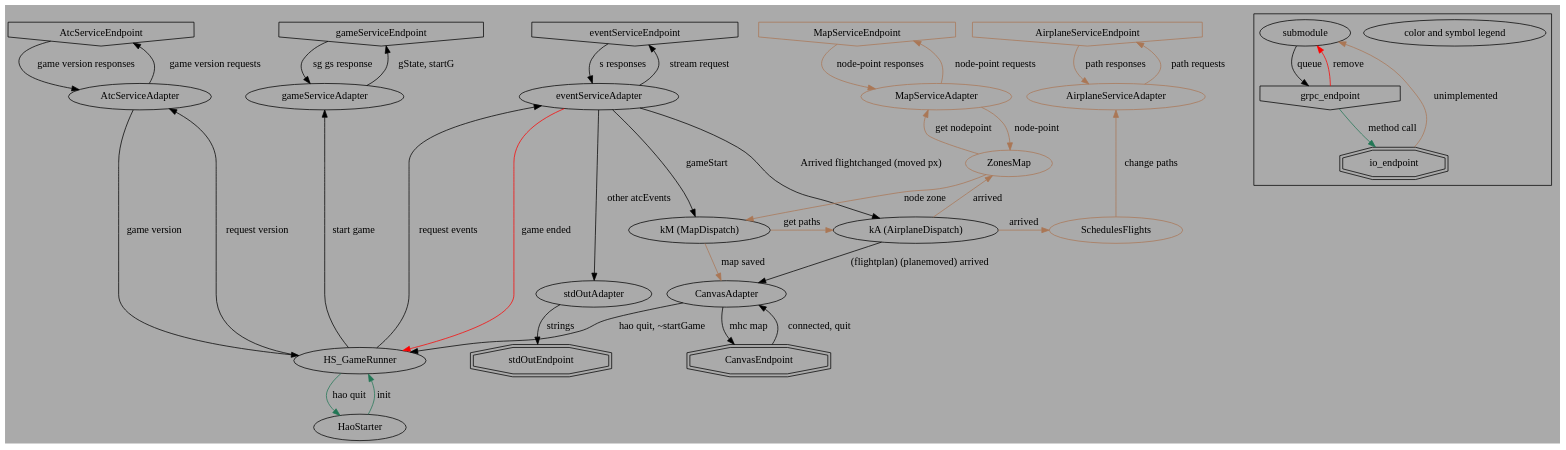
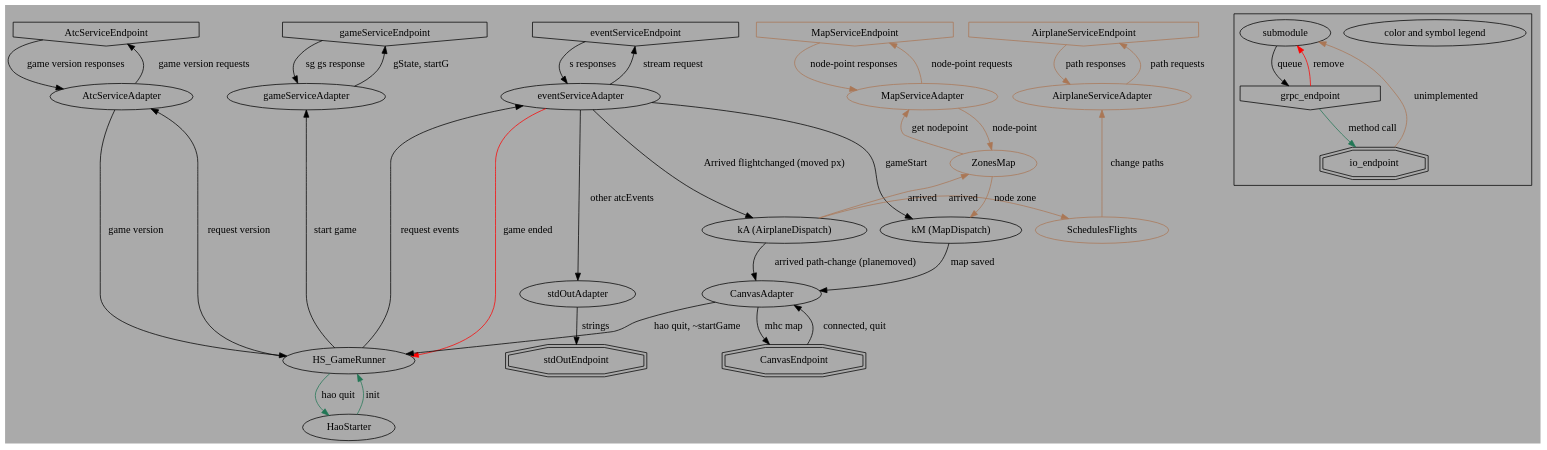
Before and after one commit to Nzen/hircine-anise-okkoz: the diagram in docs/modules/queues.dot, drawn with Graphviz.

Commit message:
fix i20220823 mark path implemented, remove dne
KnowsMap has a queue to CanvasAdapter that updates the view,
so this removes the 'unimplemented' color.
No queue existed such that KnowsMap needs to ask or push
the paths to the map.

```diff
--- a/docs/modules/queues.dot
+++ b/docs/modules/queues.dot
@@ -1,119 +1,118 @@
 
 digraph haokkoz_data_flow
 {
 
 /*
 */
 	bgcolor = "#AAAAAA"
 
 	{
 		rank = same;
 		AtcServiceEndpoint [ shape = invhouse ]; # for game version
 		AirplaneServiceEndpoint [ shape = invhouse color = "#AA7755" ]; # for updating flight plans
 		MapServiceEndpoint [ shape = invhouse color = "#AA7755" ]; # for node to point conversion
 		eventServiceEndpoint [ shape = invhouse ]; # for events
 		gameServiceEndpoint [ shape = invhouse ]; # to start games
 	}
 
 	{
 		rank = same;
 		stdOutEndpoint [ shape = doubleoctagon ];
 		CanvasEndpoint [ shape = doubleoctagon ];
 	}
 
 	{
 		rank = same;
 		AirplaneServiceAdapter [ color = "#AA7755" ];
 		AtcServiceAdapter;
 		eventServiceAdapter;
 		gameServiceAdapter;
 		MapServiceAdapter [ color = "#AA7755" ];
 	}
 
 	{
 		rank = same;
 		CanvasAdapter;
 		stdOutAdapter;
 	}
 
 	{
 		rank = same;
 		knowsAirplanes [ label = "kA (AirplaneDispatch)" ];
 		knowsMap [ label = "kM (MapDispatch)" ];
 		SchedulesFlights [ color = "#AA7755" ];
 	}
 
 	HaoStarter;
 	HS_GameRunner;
 	ZonesMap [ color = "#AA7755" ];
 
 	# [ label = "" ];
 
 	AirplaneServiceAdapter -> AirplaneServiceEndpoint [ label = "path requests" color = "#AA7755" ];
 
 	AirplaneServiceEndpoint -> AirplaneServiceAdapter [ label = "path responses" color = "#AA7755" ];
 
 	AtcServiceAdapter -> AtcServiceEndpoint [ label = "game version requests" ];
 	AtcServiceAdapter -> HS_GameRunner [ label = "game version" ];
 
 	AtcServiceEndpoint -> AtcServiceAdapter [ label = "game version responses" ];
 
 	CanvasEndpoint -> CanvasAdapter [ label = "connected, quit" ];
 
 	CanvasAdapter -> CanvasEndpoint [ label = "mhc map" ];
 	CanvasAdapter -> HS_GameRunner [ label = "hao quit, ~startGame" ];
 
 	eventServiceAdapter -> eventServiceEndpoint [ label = "stream request" ];
 	eventServiceAdapter -> knowsMap [ label = "gameStart" ];
 	eventServiceAdapter -> stdOutAdapter [ label = "other atcEvents" ];
 	eventServiceAdapter -> knowsAirplanes [ label = "Arrived flightchanged (moved px)" ];
 	eventServiceAdapter -> HS_GameRunner [ label = "game ended" color = "red" ];
 
 	eventServiceEndpoint -> eventServiceAdapter [ label = "s responses" ];
 
 	HaoStarter -> HS_GameRunner [ label = "init" color = "#227755" ];
 
 	HS_GameRunner -> AtcServiceAdapter [ label = "request version" ];
 	HS_GameRunner -> gameServiceAdapter [ label = "start game" ];
 	HS_GameRunner -> HaoStarter [ label = "hao quit" color = "#227755" ];
 	HS_GameRunner -> eventServiceAdapter [ label = "request events" ];
 
 	gameServiceAdapter -> gameServiceEndpoint [ label = "gState, startG" ];
 
 	gameServiceEndpoint -> gameServiceAdapter [ label = "sg gs response" ];
 
-	knowsAirplanes -> CanvasAdapter [ label = "(flightplan) (planemoved) arrived" ];
+	knowsAirplanes -> CanvasAdapter [ label = "arrived path-change (planemoved)" ];
 	knowsAirplanes -> SchedulesFlights [ label = "arrived" color = "#AA7755" ];
 	knowsAirplanes -> ZonesMap [ label = "arrived" color = "#AA7755" ];
 
-	knowsMap -> CanvasAdapter [ label = "map saved" color = "#AA7755" ];
-	knowsMap -> knowsAirplanes [ label = "get paths" color = "#AA7755" ];
+	knowsMap -> CanvasAdapter [ label = "map saved" ];
 
 	MapServiceAdapter -> MapServiceEndpoint [ label = "node-point requests" color = "#AA7755" ];
 	MapServiceAdapter -> ZonesMap [ label = "node-point" color = "#AA7755" ];
 
 	MapServiceEndpoint -> MapServiceAdapter [ label = "node-point responses" color = "#AA7755" ];
 
 	SchedulesFlights -> AirplaneServiceAdapter [ label = "change paths" color = "#AA7755" ];
 
 	stdOutAdapter -> stdOutEndpoint [ label = "strings" ];
 
 	ZonesMap -> MapServiceAdapter [ label = "get nodepoint" color = "#AA7755" ];
 	ZonesMap -> knowsMap [ label = "node zone" color = "#AA7755" ];
 
 	# ->  [ label = "" ];
 
 	subgraph cluster0 {
 		color_legend [ label = "color and symbol legend" ];
 		submodule;
 		grpc_endpoint [ shape = invhouse ];
 		io_endpoint [ shape = doubleoctagon ];
 
 		submodule -> grpc_endpoint [ label = "queue" ];
 
 		grpc_endpoint -> io_endpoint [ label = "method call" color = "#227755" ];
 		grpc_endpoint -> submodule [ label = "remove" color = "red" ];
 
 		io_endpoint -> submodule [ label = "unimplemented" color = "#AA7755" ];
 	}
 }
```
